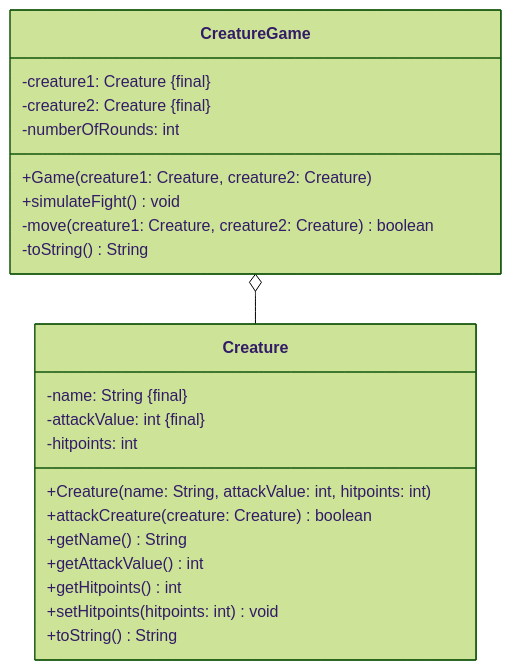
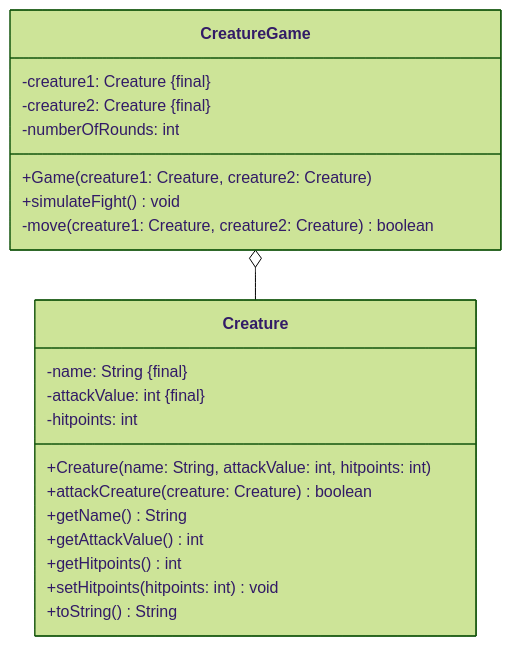
One commit to jappuccini/java-docs changed the diagram in docs/exercises/class-diagrams/class-diagrams03.mdx. Above: the diagram before and after it, drawn with Mermaid (forest theme). The commit also changed other lines of this file, not shown here.

Commit message:
fix mermaid and instruction of class diagram 03

````diff
--- a/docs/exercises/class-diagrams/class-diagrams03.mdx
+++ b/docs/exercises/class-diagrams/class-diagrams03.mdx
@@ -15,27 +15,26 @@
 ```mermaid
 classDiagram
     CreatureGame o-- Creature
 
     class CreatureGame {
         -creature1: Creature #123;final#125;
         -creature2: Creature #123;final#125;
         -numberOfRounds: int
         +Game(creature1: Creature, creature2: Creature)
         +simulateFight() void
         -move(creature1: Creature, creature2: Creature) boolean
-        -toString() String
     }
 
     class Creature {
         -name: String #123;final#125;
         -attackValue: int #123;final#125;
         -hitpoints: int
         +Creature(name: String, attackValue: int, hitpoints: int)
         +attackCreature(creature: Creature) boolean
         +getName() String
         +getAttackValue() int
         +getHitpoints() int
         +setHitpoints(hitpoints: int) void
         +toString() String
     }
 ```
````
